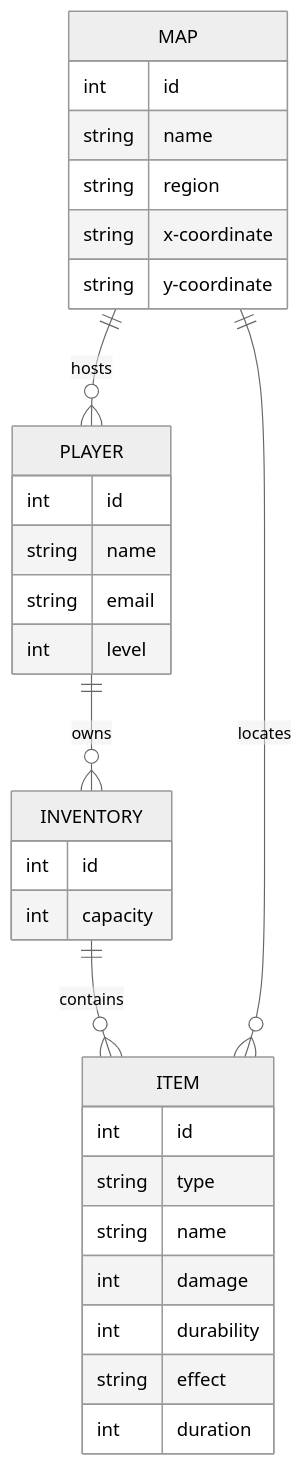
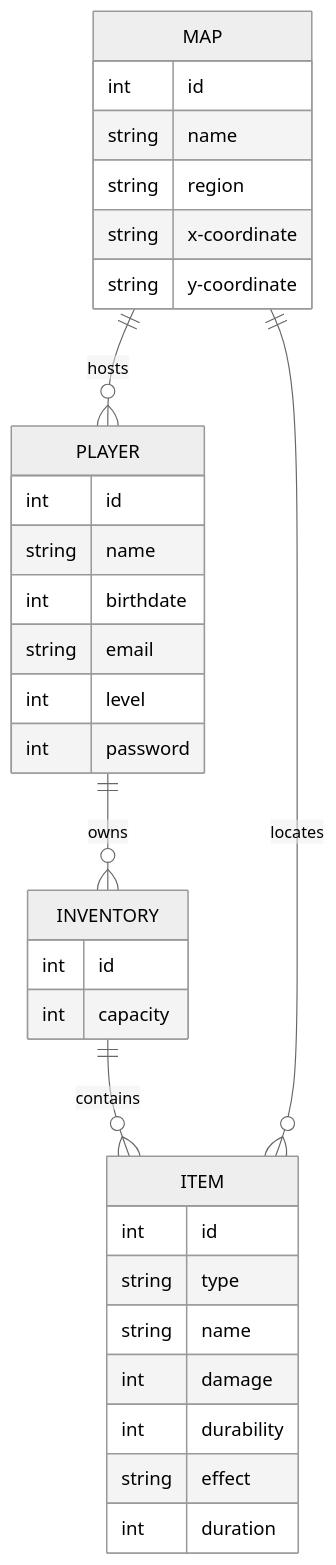
The diagram in project-root/docs/schema.md (Rosario-sanchez-marin/RPG-Inventory-System), drawn with Mermaid (neutral theme) before and after one commit.

````diff
--- a/project-root/docs/schema.md
+++ b/project-root/docs/schema.md
@@ -3,41 +3,44 @@
 ```mermaid
 ---
 title:RPG Inventory System 
 ---
 erDiagram
     PLAYER ||--o{ INVENTORY : owns
     INVENTORY ||--o{ ITEM : contains
     MAP ||--o{ ITEM : locates
     MAP ||--o{ PLAYER : hosts
 
     PLAYER {
         int id
         string name
+        int birthdate 
         string email
         int level
+        int password
+        
     }
 
     INVENTORY {
         int id
         int capacity
     }
 
     ITEM {
         int id
         string type
         string name
         int damage
         int durability
         string effect
         int duration
     }
 
     MAP {
         int id
         string name
         string region
         string x-coordinate
         string y-coordinate
     }
     
 ```
````
